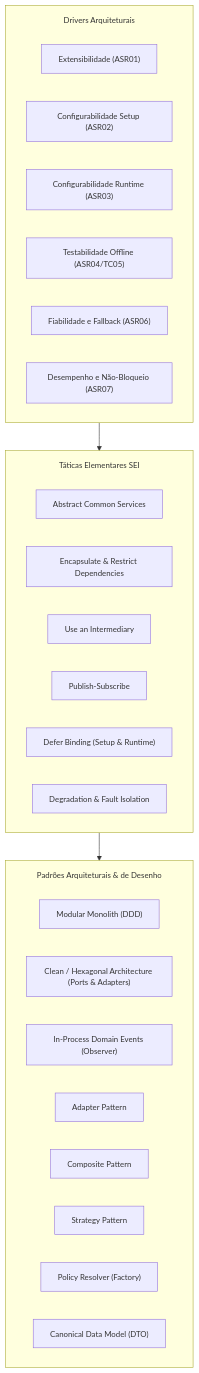
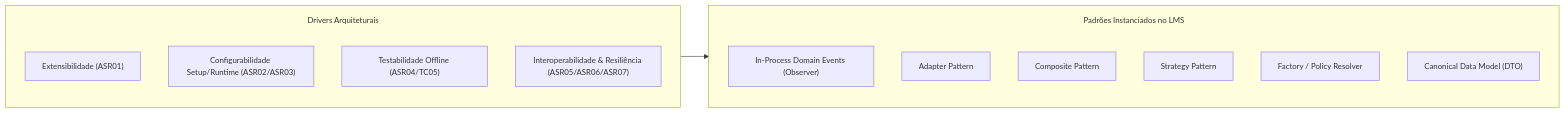
One commit to RafaelBrandao04/psoft-project-2026-1 changed the first of 4 diagrams in Docs/ARQSOFT/system-to-be/architectural-patterns.md. Above: the diagram before and after it, drawn with Mermaid. The commit also changed other lines of this file and 8 other files, not shown here.

Commit message:
docs(arqsoft): sync architecture and testing docs with codebase and remove theoretical bloat

````diff
--- a/Docs/ARQSOFT/system-to-be/architectural-patterns.md
+++ b/Docs/ARQSOFT/system-to-be/architectural-patterns.md
@@ -15,35 +7,21 @@
 ```mermaid
 %%{init: {'themeVariables': { 'fontSize': '14px' }, 'flowchart': { 'subGraphTitleMargin': { 'top': 15, 'bottom': 20 } } } }%%
-flowchart TD
+flowchart LR
     subgraph ASRs["Drivers Arquiteturais"]
         D1["Extensibilidade (ASR01)"]
-        D2["Configurabilidade Setup (ASR02)"]
-        D3["Configurabilidade Runtime (ASR03)"]
-        D4["Testabilidade Offline (ASR04/TC05)"]
-        D5["Fiabilidade e Fallback (ASR06)"]
-        D6["Desempenho e Não-Bloqueio (ASR07)"]
+        D2["Configurabilidade Setup/Runtime (ASR02/ASR03)"]
+        D3["Testabilidade Offline (ASR04/TC05)"]
+        D4["Interoperabilidade & Resiliência (ASR05/ASR06/ASR07)"]
     end
 
-    subgraph Tactics["Táticas Elementares SEI"]
-        T1["Abstract Common Services"]
-        T2["Encapsulate & Restrict Dependencies"]
-        T3["Use an Intermediary"]
-        T4["Publish-Subscribe"]
-        T5["Defer Binding (Setup & Runtime)"]
-        T6["Degradation & Fault Isolation"]
+    subgraph Patterns["Padrões Instanciados no LMS"]
+        P1["In-Process Domain Events (Observer)"]
+        P2["Adapter Pattern"]
+        P3["Composite Pattern"]
+        P4["Strategy Pattern"]
+        P5["Factory / Policy Resolver"]
+        P6["Canonical Data Model (DTO)"]
     end
 
-    subgraph Patterns["Padrões Arquiteturais & de Desenho"]
-        P1["Modular Monolith (DDD)"]
-        P2["Clean / Hexagonal Architecture (Ports & Adapters)"]
-        P3["In-Process Domain Events (Observer)"]
-        P4["Adapter Pattern"]
-        P5["Composite Pattern"]
-        P6["Strategy Pattern"]
-        P7["Policy Resolver (Factory)"]
-        P8["Canonical Data Model (DTO)"]
-    end
-
-    ASRs --> Tactics
-    Tactics --> Patterns
+    ASRs --> Patterns
 ```
````
